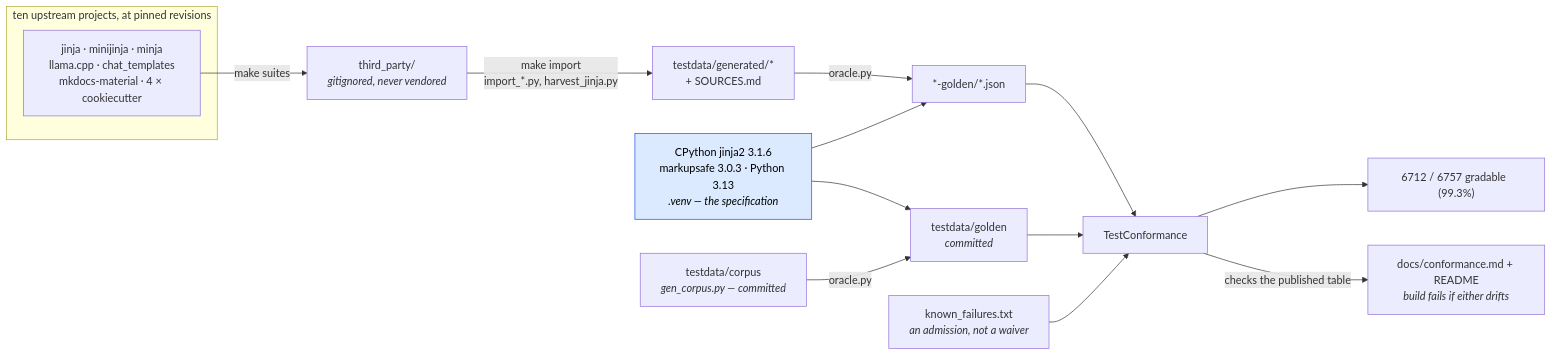
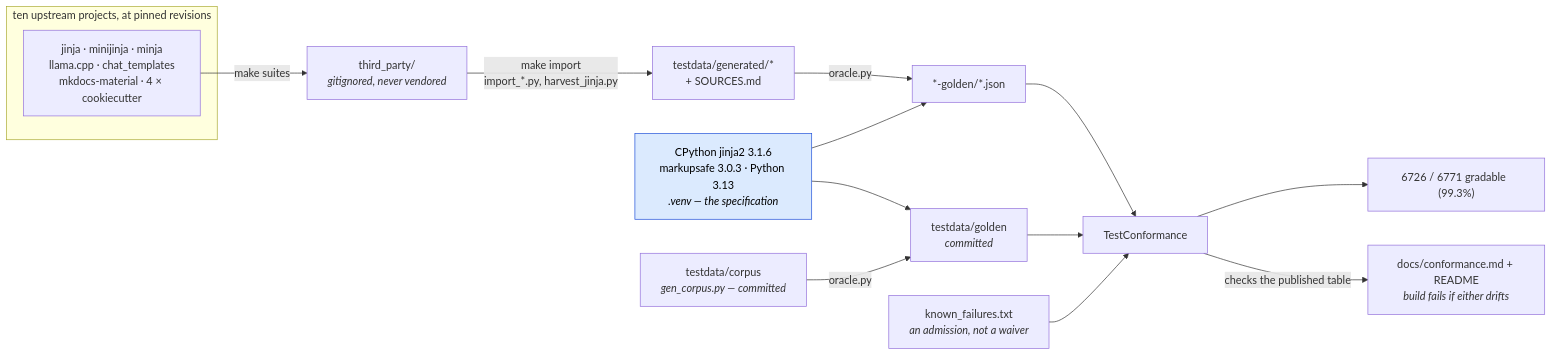
The first of 2 diagrams in docs/conformance.md (mgilbir/gojja2), drawn with Mermaid before and after one commit. The commit also changed other lines of this file and 47 other files, not shown here.

````diff
--- a/docs/conformance.md
+++ b/docs/conformance.md
@@ -17,24 +17,24 @@
 ```mermaid
 flowchart LR
     subgraph up["ten upstream projects, at pinned revisions"]
         U1["jinja · minijinja · minja<br/>llama.cpp · chat_templates<br/>mkdocs-material · 4 × cookiecutter"]
     end
     U1 -->|"make suites"| TP["third_party/<br/><i>gitignored, never vendored</i>"]
     TP -->|"make import<br/>import_*.py, harvest_jinja.py"| GEN["testdata/generated/*<br/>+ SOURCES.md"]
 
     ORA["CPython jinja2 3.1.6<br/>markupsafe 3.0.3 · Python 3.13<br/><i>.venv — the specification</i>"]
     GEN -->|"oracle.py"| G2["*-golden/*.json"]
     ORA --> G2
 
     OWN["testdata/corpus<br/><i>gen_corpus.py — committed</i>"] -->|"oracle.py"| G1["testdata/golden<br/><i>committed</i>"]
     ORA --> G1
 
     G1 --> TC["TestConformance"]
     G2 --> TC
     KF["known_failures.txt<br/><i>an admission, not a waiver</i>"] --> TC
-    TC --> RATE["6712 / 6757 gradable  (99.3%)"]
+    TC --> RATE["6726 / 6771 gradable  (99.3%)"]
     TC -->|"checks the published table"| RM["docs/conformance.md + README<br/><i>build fails if either drifts</i>"]
 
     classDef spec fill:#dbeafe,stroke:#1d4ed8,color:#000
     class ORA spec
 ```
````
